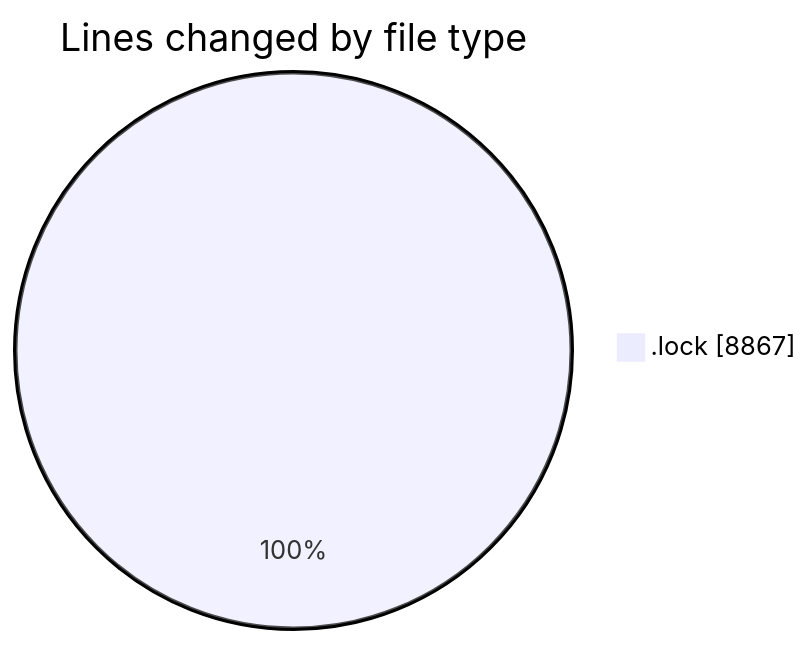
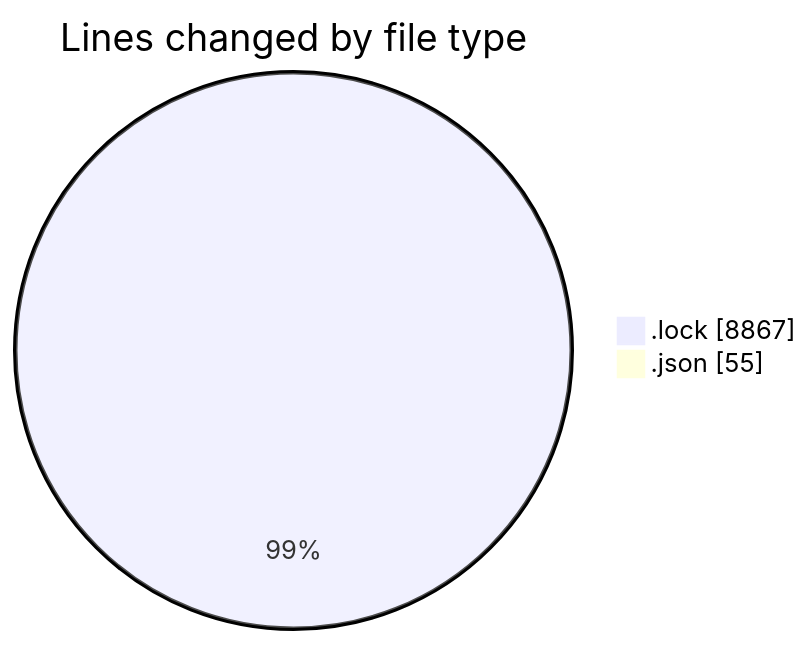
One commit to momahboobian/code-tracking changed the first of 2 diagrams in 2025-10-20/cda/README.md. Above: the diagram before and after it, drawn with Mermaid. The commit also changed other lines of this file and 1 other file, not shown here.

````diff
--- a/2025-10-20/cda/README.md
+++ b/2025-10-20/cda/README.md
@@ -20,5 +21,6 @@
 ```mermaid
 pie showData
 title Lines changed by file type
 ".lock" : 8867
+".json" : 55
 ```
````
